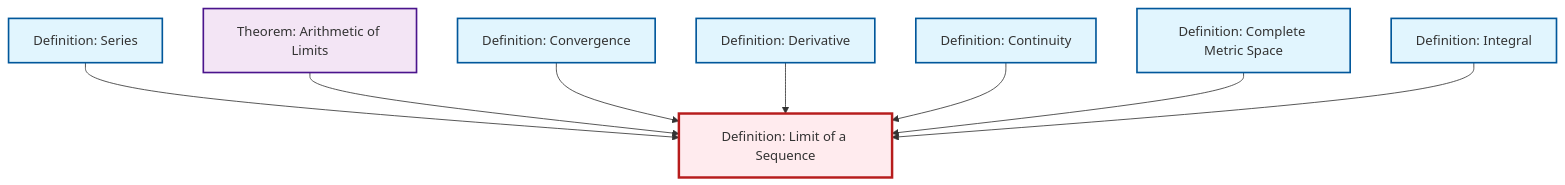
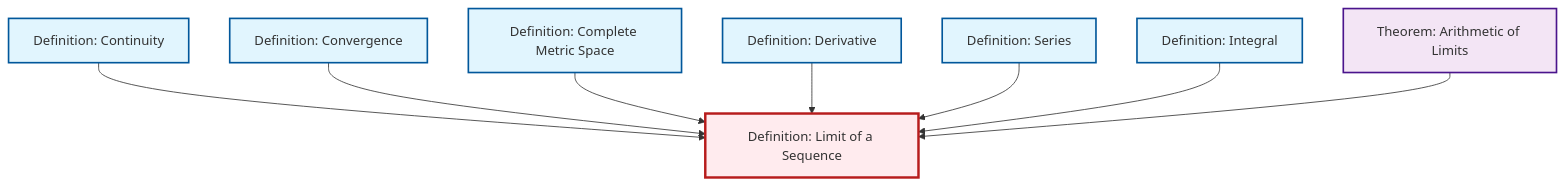
Before and after one commit to RK0429/ModernMath: the diagram in content/en/analysis/def-limit.qmd, drawn with Mermaid. The commit also changed other lines of this file and 491 other files, not shown here.

````diff
--- a/content/en/analysis/def-limit.qmd
+++ b/content/en/analysis/def-limit.qmd
@@ -48,32 +48,32 @@
 ```{mermaid}
 %%| fig-cap: "Local dependency graph"
 graph TD
     classDef definition fill:#e1f5fe,stroke:#01579b,stroke-width:2px
     classDef theorem fill:#f3e5f5,stroke:#4a148c,stroke-width:2px
     classDef axiom fill:#fff3e0,stroke:#e65100,stroke-width:2px
     classDef example fill:#e8f5e9,stroke:#1b5e20,stroke-width:2px
     classDef current fill:#ffebee,stroke:#b71c1c,stroke-width:3px
+    def-continuity["Definition: Continuity"]:::definition
+    def-limit["Definition: Limit of a Sequence"]:::definition
+    def-complete-metric-space["Definition: Complete Metric Space"]:::definition
+    def-derivative["Definition: Derivative"]:::definition
     def-series["Definition: Series"]:::definition
     thm-limit-arithmetic["Theorem: Arithmetic of Limits"]:::theorem
+    def-convergence["Definition: Convergence"]:::definition
     def-integral["Definition: Integral"]:::definition
-    def-complete-metric-space["Definition: Complete Metric Space"]:::definition
-    def-continuity["Definition: Continuity"]:::definition
-    def-derivative["Definition: Derivative"]:::definition
-    def-limit["Definition: Limit of a Sequence"]:::definition
-    def-convergence["Definition: Convergence"]:::definition
+    def-continuity --> def-limit
+    def-convergence --> def-limit
+    def-complete-metric-space --> def-limit
+    def-derivative --> def-limit
     def-series --> def-limit
+    def-integral --> def-limit
     thm-limit-arithmetic --> def-limit
-    def-convergence --> def-limit
-    def-derivative --> def-limit
-    def-continuity --> def-limit
-    def-complete-metric-space --> def-limit
-    def-integral --> def-limit
     class def-limit current
+    click def-continuity "def-continuity.html" "Go to Continuity definition"
+    click def-complete-metric-space "def-complete-metric-space.html" "Go to Complete Metric Space definition"
+    click def-derivative "def-derivative.html" "Go to Derivative definition"
     click def-series "def-series.html" "Go to Series definition"
     click thm-limit-arithmetic "thm-limit-arithmetic.html" "Go to Arithmetic of Limits theorem"
+    click def-convergence "def-convergence.html" "Go to Convergence definition"
     click def-integral "def-integral.html" "Go to Integral definition"
-    click def-complete-metric-space "def-complete-metric-space.html" "Go to Complete Metric Space definition"
-    click def-continuity "def-continuity.html" "Go to Continuity definition"
-    click def-derivative "def-derivative.html" "Go to Derivative definition"
-    click def-convergence "def-convergence.html" "Go to Convergence definition"
 ```
````
